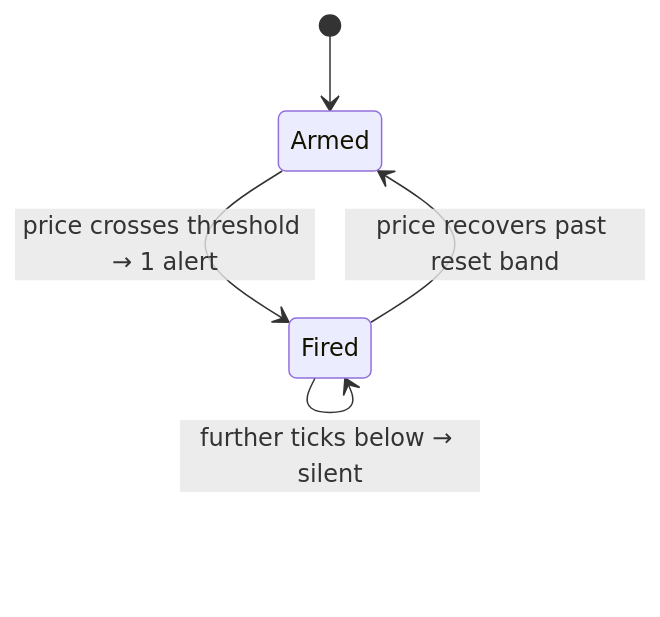
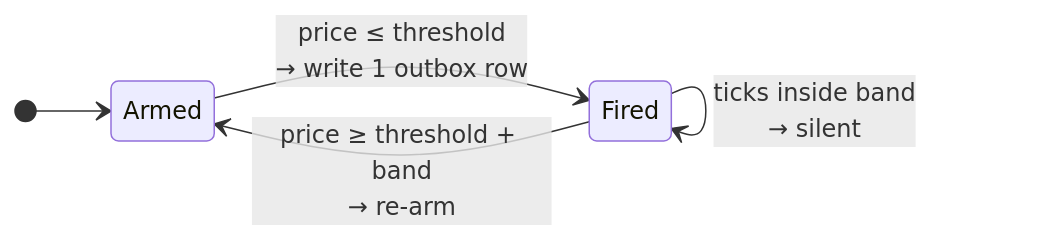
Before and after one commit to MC-161/priceWatch: the sixth of 6 diagrams in README.md, drawn with Mermaid. The commit also changed other lines of this file and 2 other files, not shown here.

````diff
--- a/README.md
+++ b/README.md
@@ -124,7 +276,8 @@
 ```mermaid
 stateDiagram-v2
+    direction LR
     [*] --> Armed
-    Armed --> Fired: price crosses threshold → 1 alert
-    Fired --> Fired: further ticks below → silent
-    Fired --> Armed: price recovers past reset band
+    Armed --> Fired: price ≤ threshold<br/>→ write 1 outbox row
+    Fired --> Fired: ticks inside band<br/>→ silent
+    Fired --> Armed: price ≥ threshold + band<br/>→ re-arm
 ```
````
